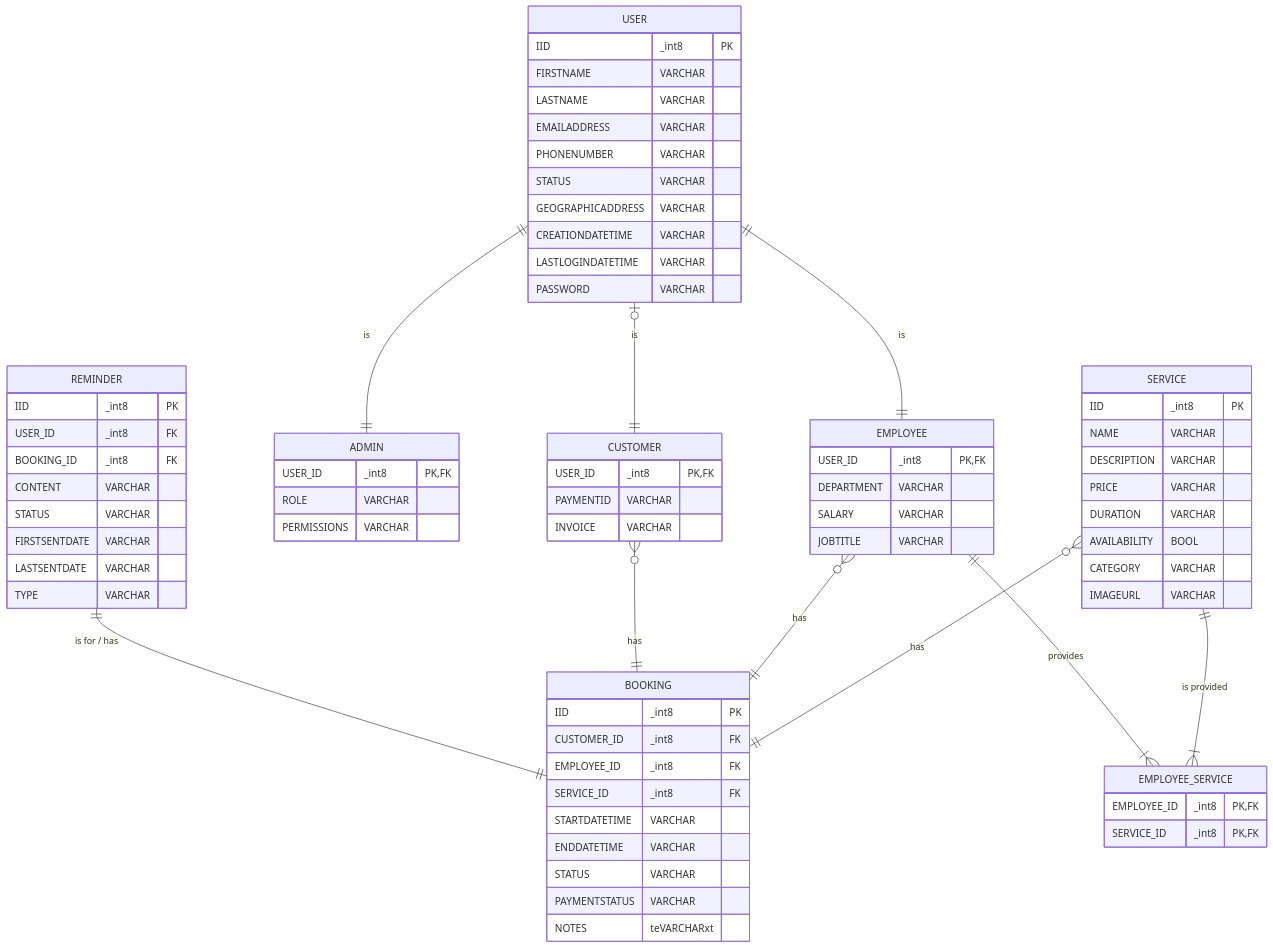
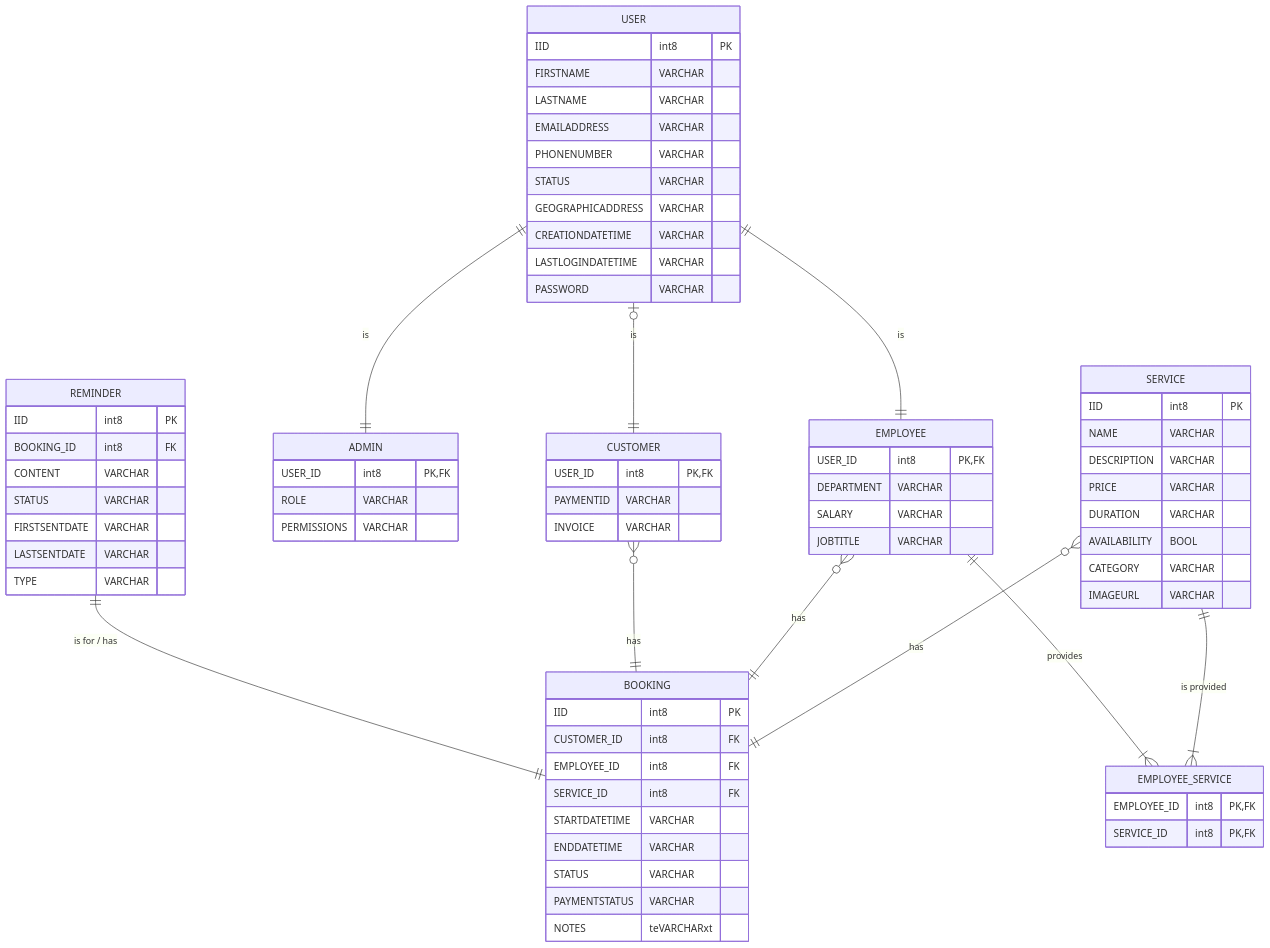
The diagram in README.md (cern7/notifyMe), drawn with Mermaid before and after one commit.

Commit message:
update REMINDER table def

````diff
--- a/README.md
+++ b/README.md
@@ -4,77 +4,76 @@
 ```mermaid
 erDiagram
 USER |o--|| CUSTOMER : is
 USER ||--|| ADMIN : is
 USER ||--|| EMPLOYEE : is
 SERVICE }o--|| BOOKING : has
 EMPLOYEE }o--|| BOOKING : has
 CUSTOMER }o--|| BOOKING : has
 REMINDER ||--|| BOOKING : "is for / has"
 SERVICE ||--|{ EMPLOYEE_SERVICE : "is provided"
 EMPLOYEE ||--|{ EMPLOYEE_SERVICE : provides
 
 USER {
-    IID _int8 PK
+    IID int8 PK
     FIRSTNAME VARCHAR 
 	  LASTNAME VARCHAR
     EMAILADDRESS VARCHAR
 	  PHONENUMBER VARCHAR
 	  STATUS VARCHAR
 	  GEOGRAPHICADDRESS VARCHAR
 	  CREATIONDATETIME VARCHAR
 	  LASTLOGINDATETIME VARCHAR
 	  PASSWORD VARCHAR
   }
   CUSTOMER {
-    USER_ID _int8 PK,FK
+    USER_ID int8 PK,FK
     PAYMENTID VARCHAR
     INVOICE VARCHAR 
   }
   EMPLOYEE {
-    USER_ID _int8 PK,FK
+    USER_ID int8 PK,FK
     DEPARTMENT VARCHAR
     SALARY VARCHAR
     JOBTITLE VARCHAR
   }
   ADMIN {
-    USER_ID _int8 PK,FK
+    USER_ID int8 PK,FK
     ROLE VARCHAR
     PERMISSIONS VARCHAR
   }
   BOOKING {
-    IID _int8 PK
-	  CUSTOMER_ID _int8 FK
-	  EMPLOYEE_ID _int8 FK
-	  SERVICE_ID _int8 FK
+    IID int8 PK
+	  CUSTOMER_ID int8 FK
+	  EMPLOYEE_ID int8 FK
+	  SERVICE_ID int8 FK
 	  STARTDATETIME VARCHAR 
 	  ENDDATETIME VARCHAR 
 	  STATUS VARCHAR
 	  PAYMENTSTATUS VARCHAR 
 	  NOTES teVARCHARxt
   }
   SERVICE {
-    IID _int8 PK
+    IID int8 PK
 	  NAME VARCHAR
 	  DESCRIPTION VARCHAR
 	  PRICE VARCHAR 
 	  DURATION VARCHAR 
 	  AVAILABILITY BOOL
 	  CATEGORY VARCHAR 
 	  IMAGEURL VARCHAR 
 	 }
   REMINDER {
-  IID _int8 PK
-	USER_ID _int8 FK
-	BOOKING_ID _int8 FK
+  IID int8 PK
+	BOOKING_ID int8 FK
 	CONTENT VARCHAR 
 	STATUS VARCHAR 
 	FIRSTSENTDATE VARCHAR 
 	LASTSENTDATE VARCHAR 
 	TYPE VARCHAR 
   }
   EMPLOYEE_SERVICE {
-    EMPLOYEE_ID _int8 PK,FK
-	  SERVICE_ID _int8 PK,FK
+    EMPLOYEE_ID int8 PK,FK
+	  SERVICE_ID int8 PK,FK
   }
 
  ```
````
